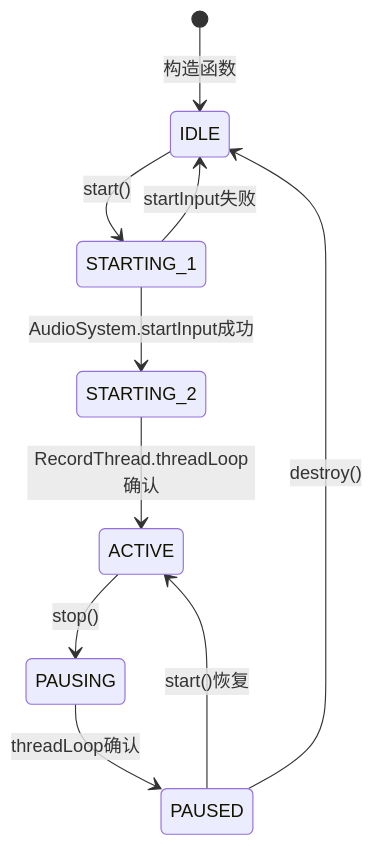
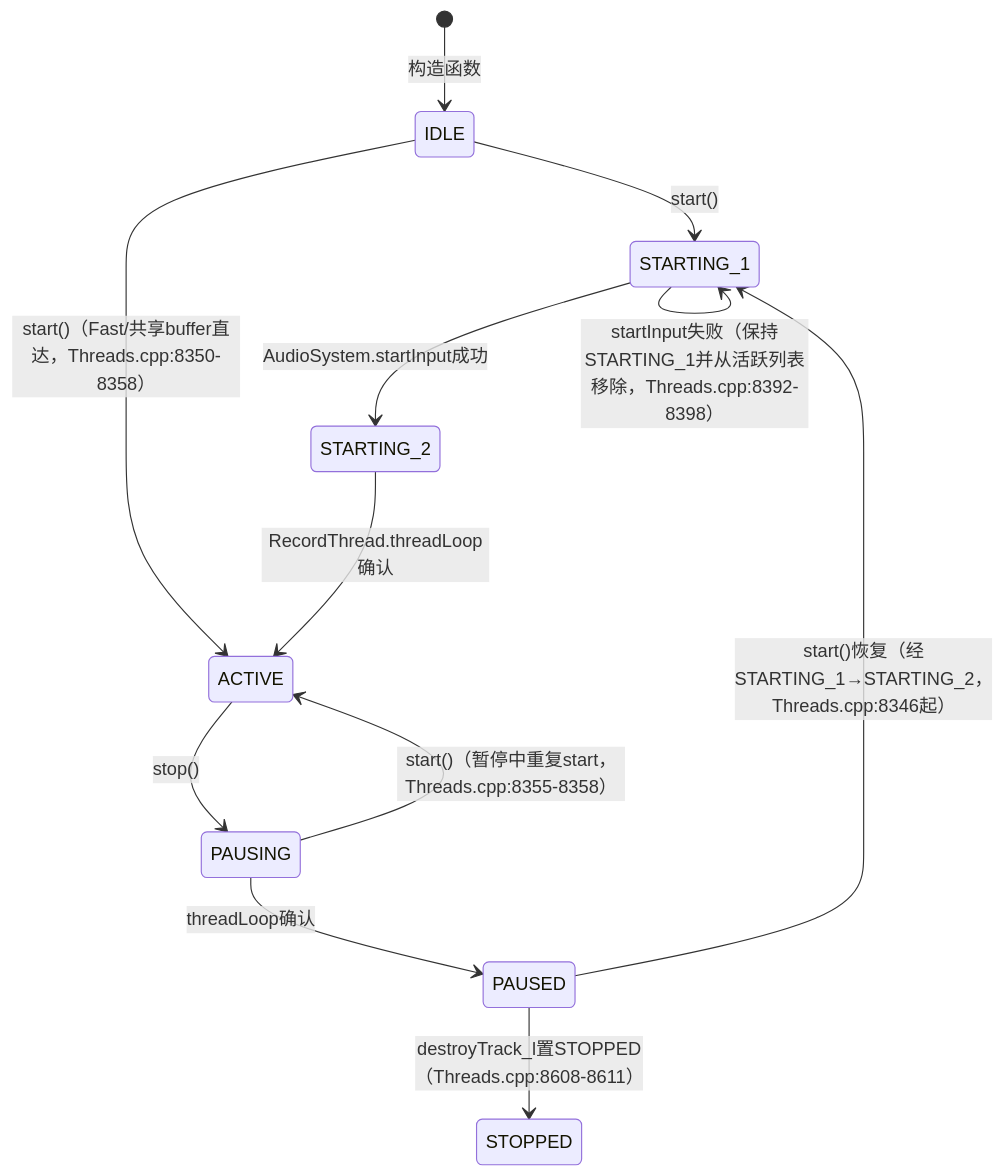
The third of 5 diagrams in 05_AudioFlinger/05_5.7_TrackRecord-音频流端点.md (yanglinzhen1022/SA8295_AAOS_QNX_Audio_KnowledgeBase), drawn with Mermaid before and after one commit. The commit also changed other lines of this file and 5 other files, not shown here.

````diff
--- a/05_AudioFlinger/05_5.7_TrackRecord-音频流端点.md
+++ b/05_AudioFlinger/05_5.7_TrackRecord-音频流端点.md
@@ -303,12 +301,14 @@
 ```mermaid
 stateDiagram-v2
     [*] --> IDLE : 构造函数
     IDLE --> STARTING_1 : start()
+    IDLE --> ACTIVE : start()（Fast/共享buffer直达，Threads.cpp:8350-8358）
     STARTING_1 --> STARTING_2 : AudioSystem.startInput成功
-    STARTING_1 --> IDLE : startInput失败
+    STARTING_1 --> STARTING_1 : startInput失败（保持STARTING_1并从活跃列表移除，Threads.cpp:8392-8398）
     STARTING_2 --> ACTIVE : RecordThread.threadLoop确认
     ACTIVE --> PAUSING : stop()
     PAUSING --> PAUSED : threadLoop确认
-    PAUSED --> ACTIVE : start()恢复
-    PAUSED --> IDLE : destroy()
+    PAUSED --> STARTING_1 : start()恢复（经STARTING_1→STARTING_2，Threads.cpp:8346起）
+    PAUSING --> ACTIVE : start()（暂停中重复start，Threads.cpp:8355-8358）
+    PAUSED --> STOPPED : destroyTrack_l置STOPPED（Threads.cpp:8608-8611）
 ```
````
